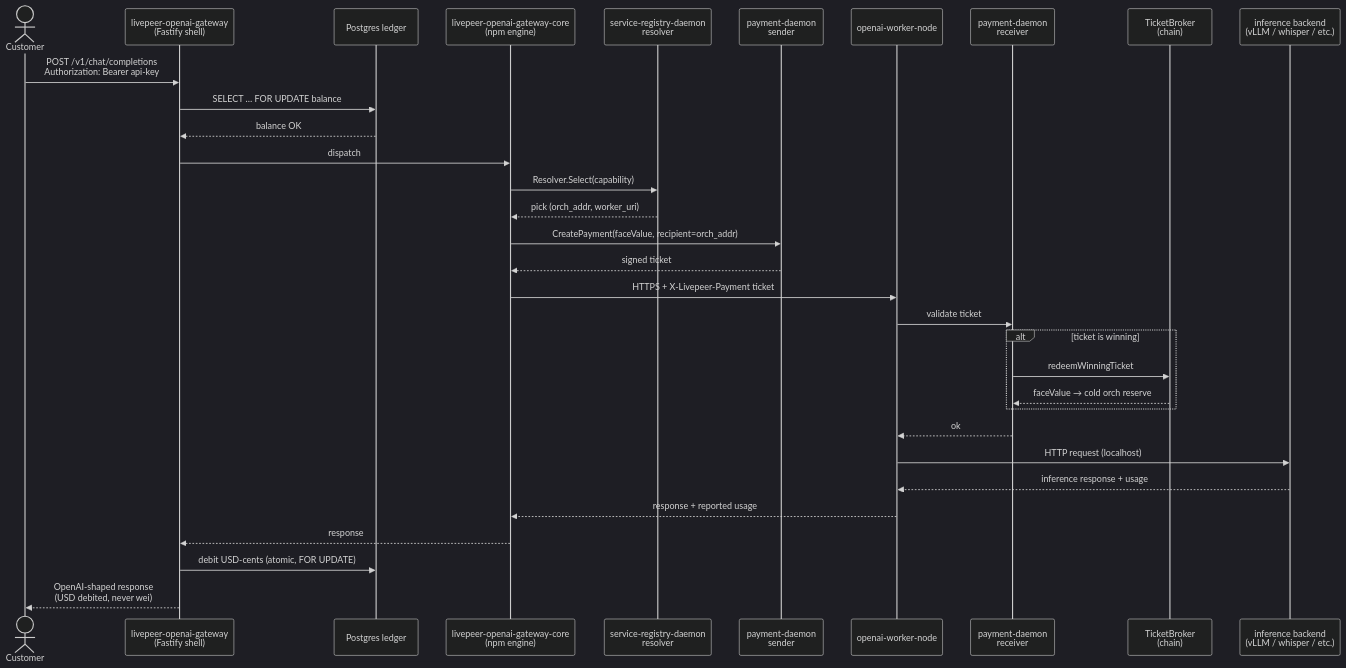
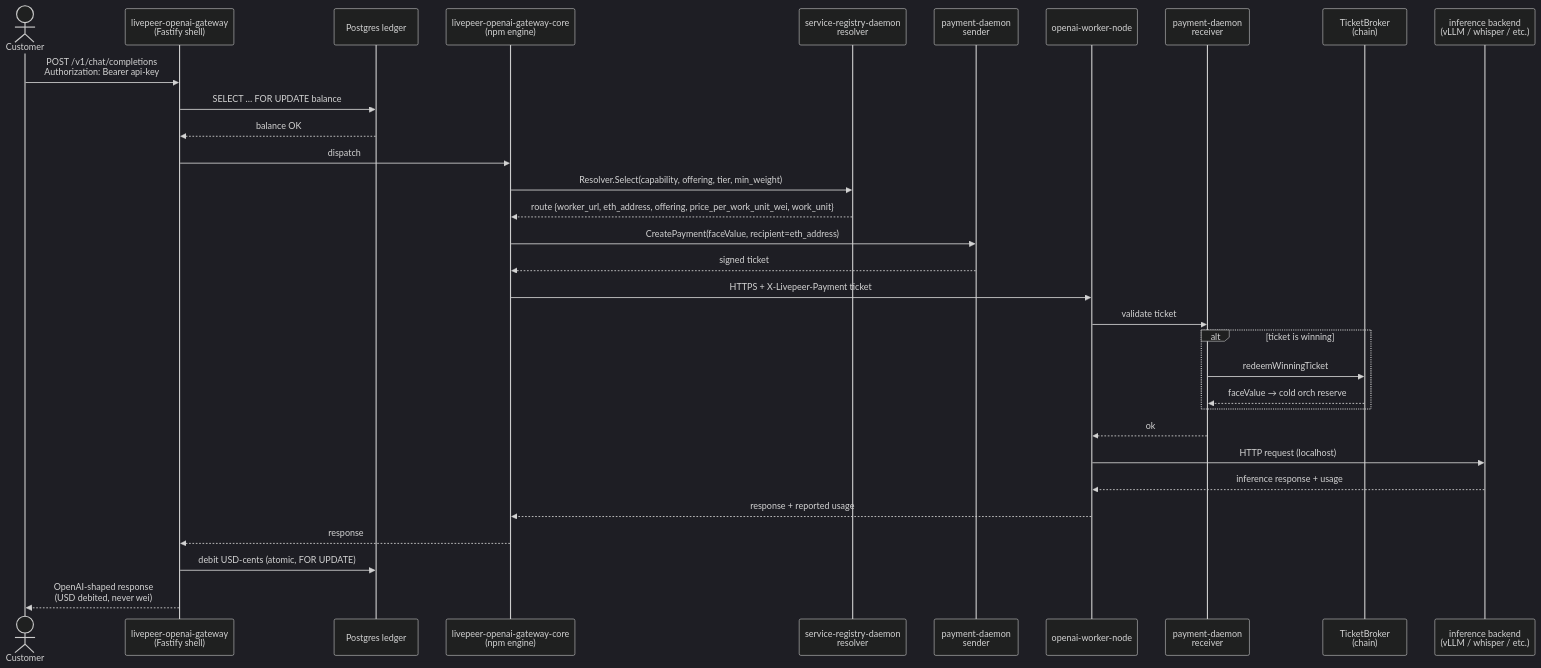
The seventh of 9 diagrams in docs/design-docs/suite-architecture.md (Cloud-SPE/livepeer-network-suite), drawn with Mermaid (dark theme) before and after one commit. The commit also changed other lines of this file and 4 other files, not shown here.

````diff
--- a/docs/design-docs/suite-architecture.md
+++ b/docs/design-docs/suite-architecture.md
@@ -679,38 +684,38 @@
 ```mermaid
 sequenceDiagram
     actor Cust as Customer
     participant GW as livepeer-openai-gateway<br/>(Fastify shell)
     participant DB as Postgres ledger
     participant Eng as livepeer-openai-gateway-core<br/>(npm engine)
     participant Resolver as service-registry-daemon<br/>resolver
     participant Sender as payment-daemon<br/>sender
     participant Worker as openai-worker-node
     participant Receiver as payment-daemon<br/>receiver
     participant TB as TicketBroker<br/>(chain)
     participant Backend as inference backend<br/>(vLLM / whisper / etc.)
 
     Cust->>GW: POST /v1/chat/completions<br/>Authorization: Bearer api-key
     GW->>DB: SELECT … FOR UPDATE balance
     DB-->>GW: balance OK
     GW->>Eng: dispatch
 
-    Eng->>Resolver: Resolver.Select(capability)
-    Resolver-->>Eng: pick (orch_addr, worker_uri)
-    Eng->>Sender: CreatePayment(faceValue, recipient=orch_addr)
+    Eng->>Resolver: Resolver.Select(capability, offering, tier, min_weight)
+    Resolver-->>Eng: route {worker_url, eth_address, offering, price_per_work_unit_wei, work_unit}
+    Eng->>Sender: CreatePayment(faceValue, recipient=eth_address)
     Sender-->>Eng: signed ticket
 
     Eng->>Worker: HTTPS + X-Livepeer-Payment ticket
     Worker->>Receiver: validate ticket
     alt ticket is winning
         Receiver->>TB: redeemWinningTicket
         TB-->>Receiver: faceValue → cold orch reserve
     end
     Receiver-->>Worker: ok
     Worker->>Backend: HTTP request (localhost)
     Backend-->>Worker: inference response + usage
     Worker-->>Eng: response + reported usage
     Eng-->>GW: response
 
     GW->>DB: debit USD-cents (atomic, FOR UPDATE)
     GW-->>Cust: OpenAI-shaped response<br/>(USD debited, never wei)
 ```
````
